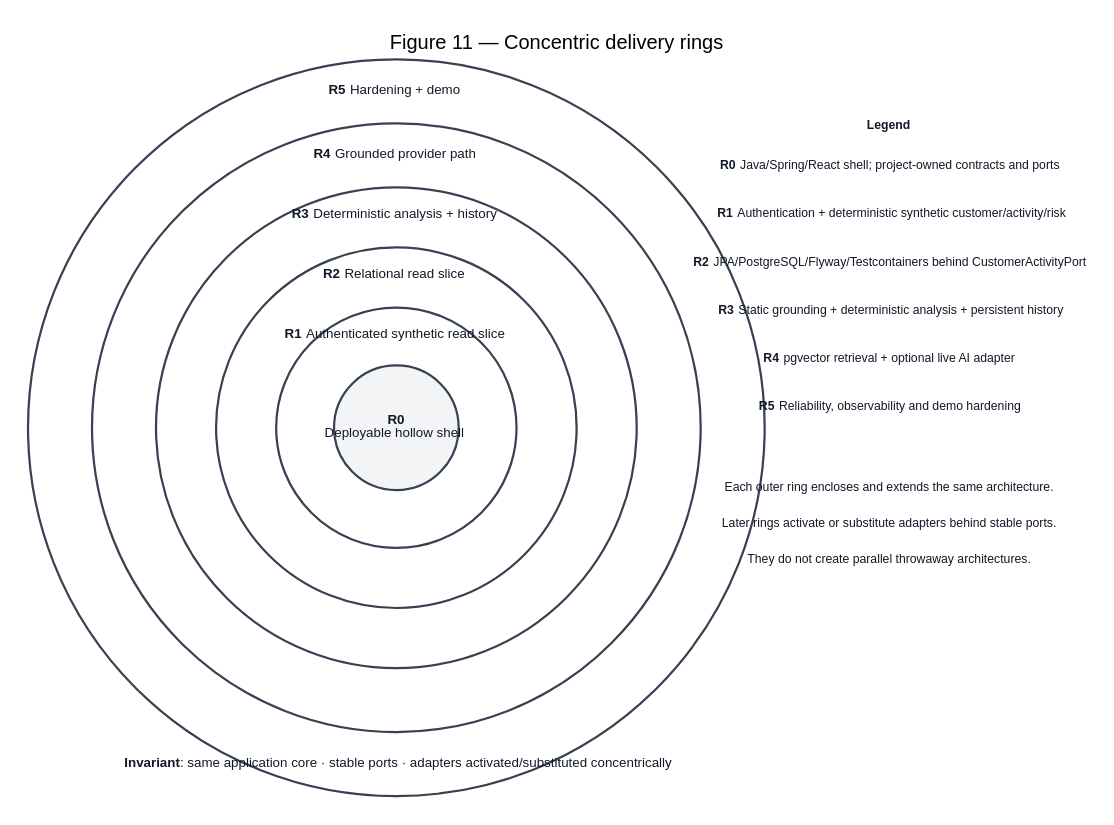
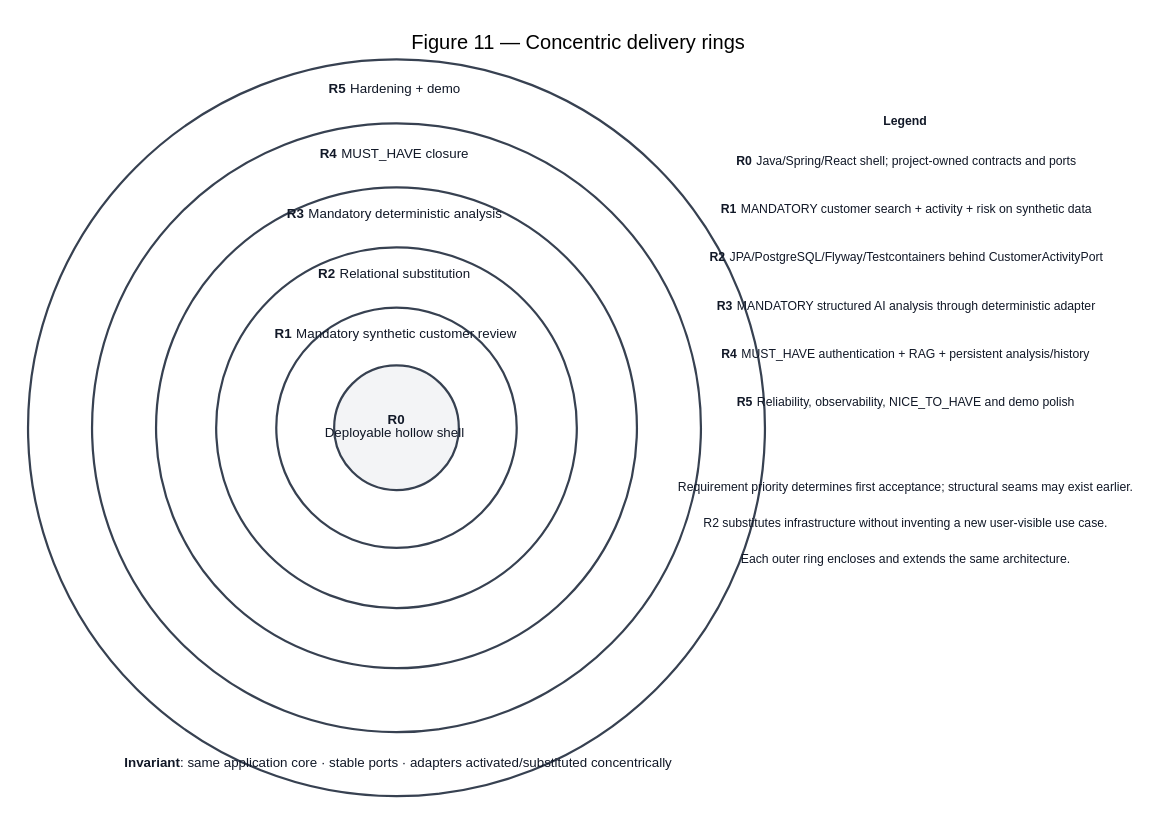
One commit to jdoe-dev-159753/specgraph-reference-app changed the diagram in docs/assignment/SDD/diagrams/delivery-rings.dot. Above: the diagram before and after it, drawn with Graphviz. The commit also changed 12 other files, not shown here.

Commit message:
docs: reconcile delivery rings and diagram readability

```diff
--- a/docs/assignment/SDD/diagrams/delivery-rings.dot
+++ b/docs/assignment/SDD/diagrams/delivery-rings.dot
@@ -1,65 +1,65 @@
 graph DeliveryRings {
   graph [
     layout=neato,
     overlap=true,
     splines=false,
     outputorder=edgesfirst,
     bgcolor="#FFFFFF",
     margin=0.08,
     pad=0.25,
     labelloc=t,
     label="Figure 11 — Concentric delivery rings",
     fontsize=18,
     fontname="Arial"
   ];
 
   node [
     shape=circle,
     fixedsize=true,
     label="",
     color="#374151",
     penwidth=2.0,
     pin=true
   ];
 
   r5 [width=9.2, height=9.2, pos="0,0!"];
   r4 [width=7.6, height=7.6, pos="0,0!"];
   r3 [width=6.0, height=6.0, pos="0,0!"];
   r2 [width=4.5, height=4.5, pos="0,0!"];
   r1 [width=3.0, height=3.0, pos="0,0!"];
   r0 [width=1.55, height=1.55, pos="0,0!", style=filled, fillcolor="#F3F4F6"];
 
   node [
     shape=plain,
     fixedsize=false,
     pin=true,
     fontname="Arial",
     fontcolor="#111827",
     fontsize=12
   ];
 
   t0 [label=<<B>R0</B><BR/>Deployable hollow shell>, pos="0,0!"];
-  t1 [label=<<B>R1</B>  Authenticated synthetic read slice>, pos="0,1.15!"];
-  t2 [label=<<B>R2</B>  Relational read slice>, pos="0,1.90!"];
-  t3 [label=<<B>R3</B>  Deterministic analysis + history>, pos="0,2.65!"];
-  t4 [label=<<B>R4</B>  Grounded provider path>, pos="0,3.40!"];
+  t1 [label=<<B>R1</B>  Mandatory synthetic customer review>, pos="0,1.15!"];
+  t2 [label=<<B>R2</B>  Relational substitution>, pos="0,1.90!"];
+  t3 [label=<<B>R3</B>  Mandatory deterministic analysis>, pos="0,2.65!"];
+  t4 [label=<<B>R4</B>  MUST_HAVE closure>, pos="0,3.40!"];
   t5 [label=<<B>R5</B>  Hardening + demo>, pos="0,4.20!"];
 
   invariant [
     label=<<B>Invariant</B>: same application core · stable ports · adapters activated/substituted concentrically>,
     pos="0,-4.20!"
   ];
 
   node [shape=plain, pin=true, fontname="Arial", fontsize=11, fontcolor="#111827"];
-  legend_title [label=<<B>Legend</B>>, pos="6.15,3.75!"];
-  legend_r0 [label=<<B>R0</B>  Java/Spring/React shell; project-owned contracts and ports>, pos="6.15,3.25!"];
-  legend_r1 [label=<<B>R1</B>  Authentication + deterministic synthetic customer/activity/risk>, pos="6.15,2.65!"];
-  legend_r2 [label=<<B>R2</B>  JPA/PostgreSQL/Flyway/Testcontainers behind CustomerActivityPort>, pos="6.15,2.05!"];
-  legend_r3 [label=<<B>R3</B>  Static grounding + deterministic analysis + persistent history>, pos="6.15,1.45!"];
-  legend_r4 [label=<<B>R4</B>  pgvector retrieval + optional live AI adapter>, pos="6.15,0.85!"];
-  legend_r5 [label=<<B>R5</B>  Reliability, observability and demo hardening>, pos="6.15,0.25!"];
+  legend_title [label=<<B>Legend</B>>, pos="6.35,3.80!"];
+  legend_r0 [label=<<B>R0</B>  Java/Spring/React shell; project-owned contracts and ports>, pos="6.35,3.30!"];
+  legend_r1 [label=<<B>R1</B>  MANDATORY customer search + activity + risk on synthetic data>, pos="6.35,2.70!"];
+  legend_r2 [label=<<B>R2</B>  JPA/PostgreSQL/Flyway/Testcontainers behind CustomerActivityPort>, pos="6.35,2.10!"];
+  legend_r3 [label=<<B>R3</B>  MANDATORY structured AI analysis through deterministic adapter>, pos="6.35,1.50!"];
+  legend_r4 [label=<<B>R4</B>  MUST_HAVE authentication + RAG + persistent analysis/history>, pos="6.35,0.90!"];
+  legend_r5 [label=<<B>R5</B>  Reliability, observability, NICE_TO_HAVE and demo polish>, pos="6.35,0.30!"];
 
-  reading_1 [label="Each outer ring encloses and extends the same architecture.", pos="6.15,-0.75!"];
-  reading_2 [label="Later rings activate or substitute adapters behind stable ports.", pos="6.15,-1.20!"];
-  reading_3 [label="They do not create parallel throwaway architectures.", pos="6.15,-1.65!"];
+  reading_1 [label="Requirement priority determines first acceptance; structural seams may exist earlier.", pos="6.35,-0.75!"];
+  reading_2 [label="R2 substitutes infrastructure without inventing a new user-visible use case.", pos="6.35,-1.20!"];
+  reading_3 [label="Each outer ring encloses and extends the same architecture.", pos="6.35,-1.65!"];
 }
```
